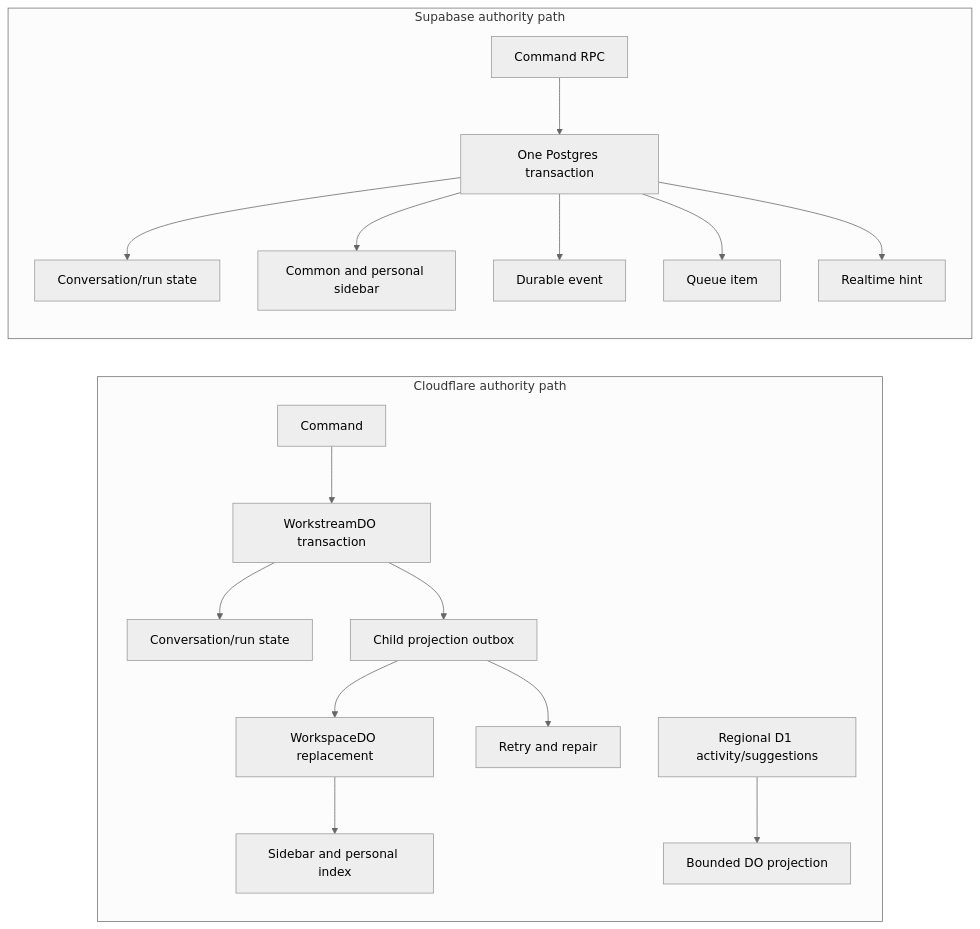
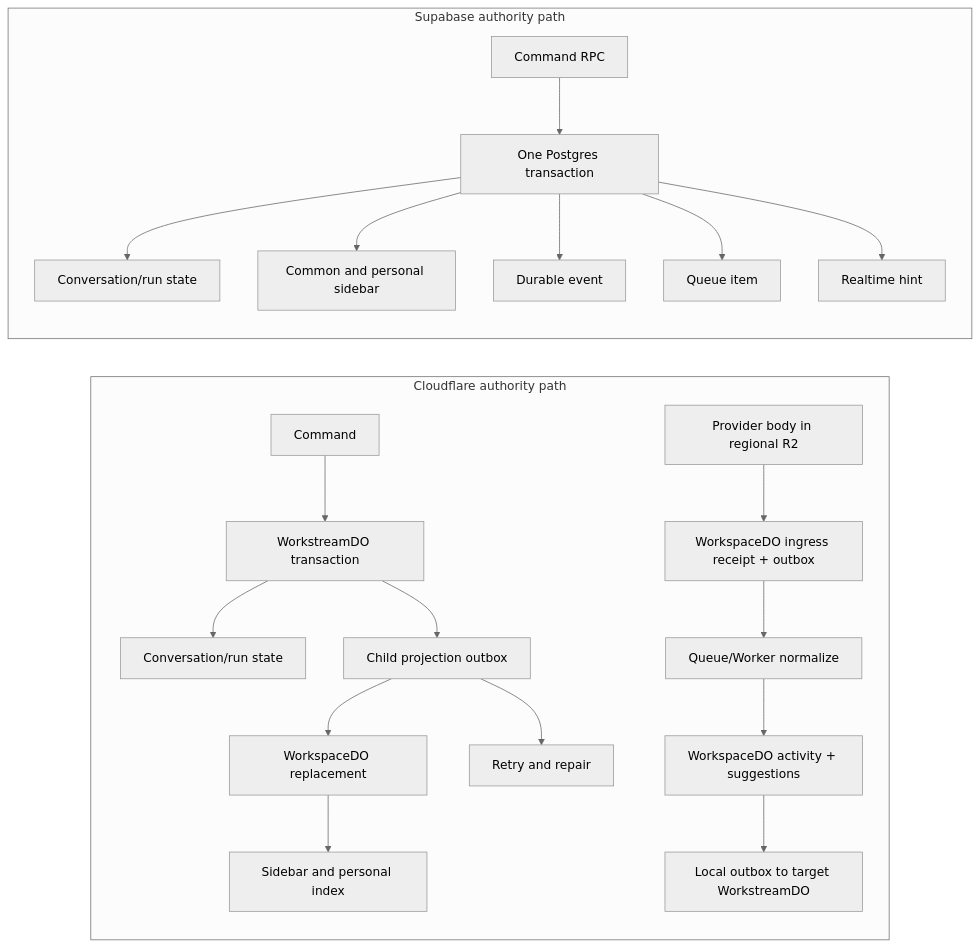
One commit to juno-ai-labs/avalon changed the diagram in docs/PRDs/2026-08-15_supabase-workspace-workstream-conversations/comparison.md. Above: the diagram before and after it, drawn with Mermaid (neutral theme). The commit also changed other lines of this file and 6 other files, not shown here.

Commit message:
docs: refine workstream architecture designs

````diff
--- a/docs/PRDs/2026-08-15_supabase-workspace-workstream-conversations/comparison.md
+++ b/docs/PRDs/2026-08-15_supabase-workspace-workstream-conversations/comparison.md
@@ -111,20 +119,23 @@
 ```mermaid
 flowchart LR
   subgraph CF["Cloudflare authority path"]
     C1["Command"] --> C2["WorkstreamDO transaction"]
     C2 --> C3["Conversation/run state"]
     C2 --> C4["Child projection outbox"]
     C4 --> C5["WorkspaceDO replacement"]
     C5 --> C6["Sidebar and personal index"]
     C4 --> C7["Retry and repair"]
-    C8["Regional D1 activity/suggestions"] --> C9["Bounded DO projection"]
+    C8["Provider body in regional R2"] --> C9["WorkspaceDO ingress receipt + outbox"]
+    C9 --> C10["Queue/Worker normalize"]
+    C10 --> C11["WorkspaceDO activity + suggestions"]
+    C11 --> C12["Local outbox to target WorkstreamDO"]
   end
   subgraph SB["Supabase authority path"]
     S1["Command RPC"] --> S2["One Postgres transaction"]
     S2 --> S3["Conversation/run state"]
     S2 --> S4["Common and personal sidebar"]
     S2 --> S5["Durable event"]
     S2 --> S6["Queue item"]
     S2 --> S7["Realtime hint"]
   end
 ```
````
